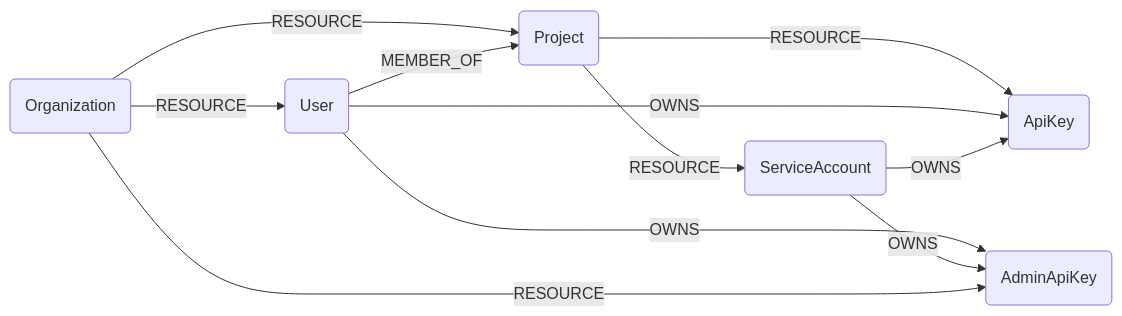
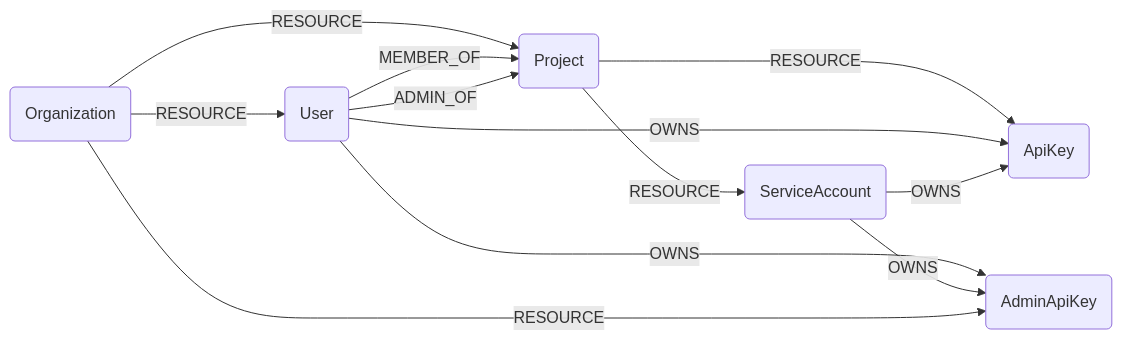
One commit to son-oz/cartography changed the diagram in docs/root/modules/openai/schema.md. Above: the diagram before and after it, drawn with Mermaid. The commit also changed other lines of this file and 11 other files, not shown here.

````diff
--- a/docs/root/modules/openai/schema.md
+++ b/docs/root/modules/openai/schema.md
@@ -3,13 +3,14 @@
 ```mermaid
 graph LR
 O(Organization) -- RESOURCE --> P(Project)
 O -- RESOURCE --> U(User)
 P -- RESOURCE --> K(ApiKey)
 P -- RESOURCE --> SA(ServiceAccount)
 U -- OWNS --> AK
 U -- OWNS --> K
 SA -- OWNS --> AK
 SA -- OWNS --> K
 U -- MEMBER_OF --> P
+U -- ADMIN_OF --> P
 O -- RESOURCE --> AK(AdminApiKey)
 ```
````
